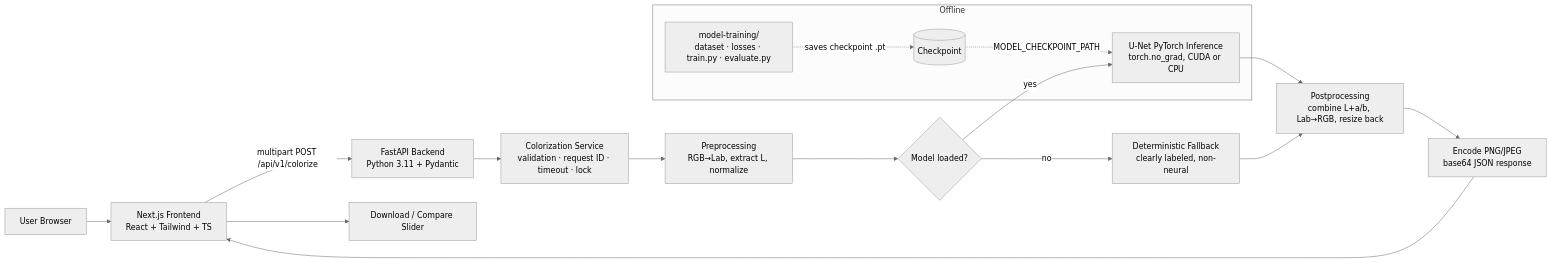
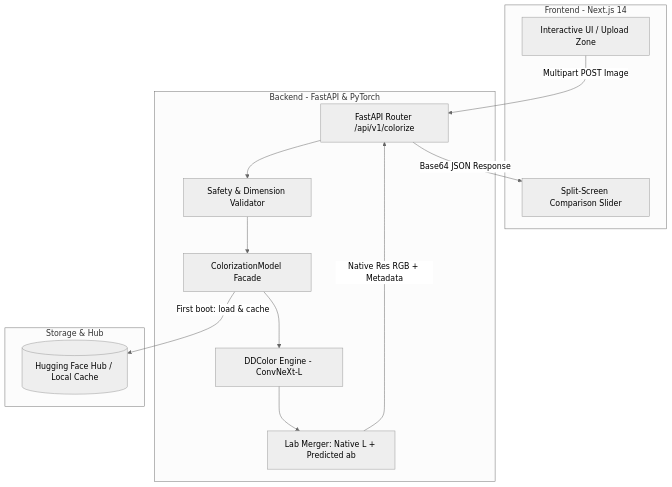
One commit to sevenfuckinghell/aicolorization changed the diagram in README.md. Above: the diagram before and after it, drawn with Mermaid (neutral theme). The commit also changed other lines of this file and 40 other files, not shown here.

First line of the commit message:
feat: integrate pretrained DDColor neural colorization and enhance color fidelity

````diff
--- a/README.md
+++ b/README.md
@@ -51,21 +23,28 @@
 ```mermaid
-flowchart LR
-    U[User Browser] --> F[Next.js Frontend<br/>React + Tailwind + TS]
-    F -- "multipart POST /api/v1/colorize" --> A[FastAPI Backend<br/>Python 3.11 + Pydantic]
-    A --> IS[Colorization Service<br/>validation · request ID · timeout · lock]
-    IS --> P[Preprocessing<br/>RGB→Lab, extract L, normalize]
-    P --> M{Model loaded?}
-    M -- yes --> N[U-Net PyTorch Inference<br/>torch.no_grad, CUDA or CPU]
-    M -- no --> FB[Deterministic Fallback<br/>clearly labeled, non-neural]
-    N --> Q[Postprocessing<br/>combine L+a/b, Lab→RGB, resize back]
-    FB --> Q
-    Q --> R[Encode PNG/JPEG<br/>base64 JSON response]
-    R --> F
-    F --> DL[Download / Compare Slider]
+flowchart TD
+    subgraph Client [Frontend - Next.js 14]
+        UI[Interactive UI / Upload Zone]
+        CS[Split-Screen Comparison Slider]
+    end
 
-    subgraph Offline
-      TR[model-training/<br/>dataset · losses · train.py · evaluate.py]
-      TR -. "saves checkpoint .pt" .-> CK[(Checkpoint)]
-      CK -. "MODEL_CHECKPOINT_PATH" .-> N
+    subgraph Server [Backend - FastAPI & PyTorch]
+        API[FastAPI Router /api/v1/colorize]
+        VAL[Safety & Dimension Validator]
+        ENG[ColorizationModel Facade]
+        DDC[DDColor Engine - ConvNeXt-L]
+        POST[Lab Merger: Native L + Predicted ab]
     end
+
+    subgraph Weights [Storage & Hub]
+        HF[(Hugging Face Hub / Local Cache)]
+    end
+
+    UI -->|Multipart POST Image| API
+    API --> VAL
+    VAL --> ENG
+    ENG -->|First boot: load & cache| HF
+    ENG --> DDC
+    DDC --> POST
+    POST -->|Native Res RGB + Metadata| API
+    API -->|Base64 JSON Response| CS
 ```
````
